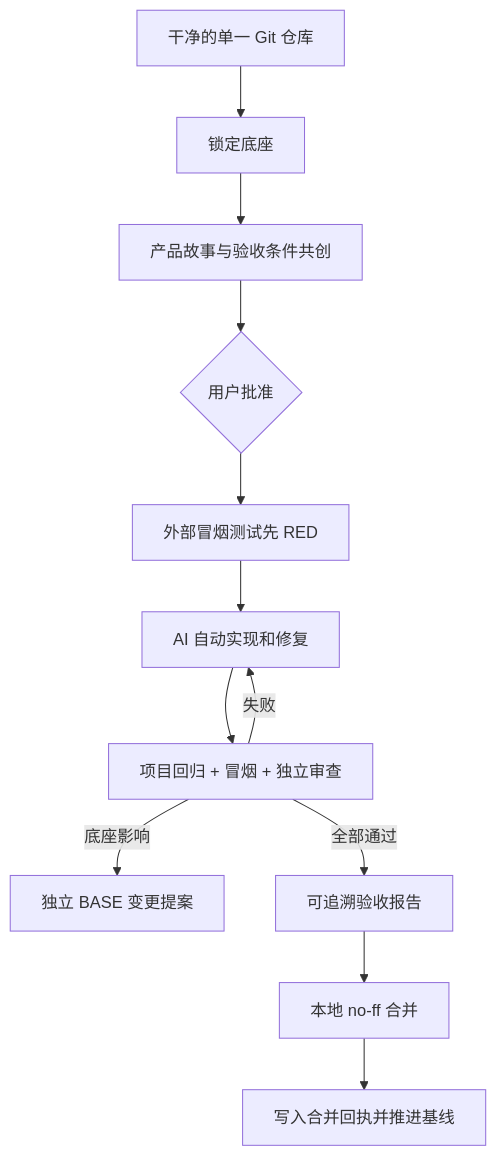
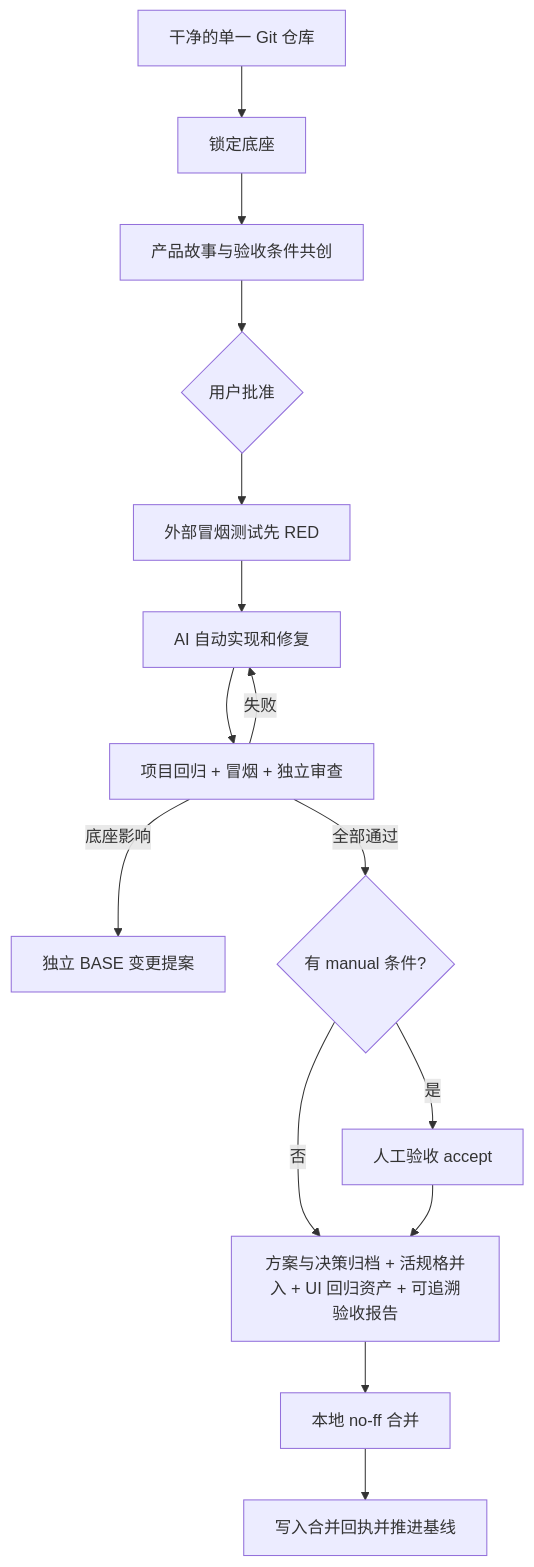
Before and after one commit to jinlin725168-ai/storyloop: the diagram in README.md, drawn with Mermaid. The commit also changed other lines of this file and 4 other files, not shown here.

````diff
--- a/README.md
+++ b/README.md
@@ -45,14 +59,17 @@
 ```mermaid
 flowchart TD
     A[干净的单一 Git 仓库] --> B[锁定底座]
     B --> C[产品故事与验收条件共创]
     C --> D{用户批准}
     D --> E[外部冒烟测试先 RED]
     E --> F[AI 自动实现和修复]
     F --> G[项目回归 + 冒烟 + 独立审查]
     G -->|失败| F
     G -->|底座影响| H[独立 BASE 变更提案]
-    G -->|全部通过| I[可追溯验收报告]
+    G -->|全部通过| H2{有 manual 条件?}
+    H2 -->|是| M[人工验收 accept]
+    H2 -->|否| I
+    M --> I[方案与决策归档 + 活规格并入 + UI 回归资产 + 可追溯验收报告]
     I --> J[本地 no-ff 合并]
     J --> K[写入合并回执并推进基线]
 ```
````
